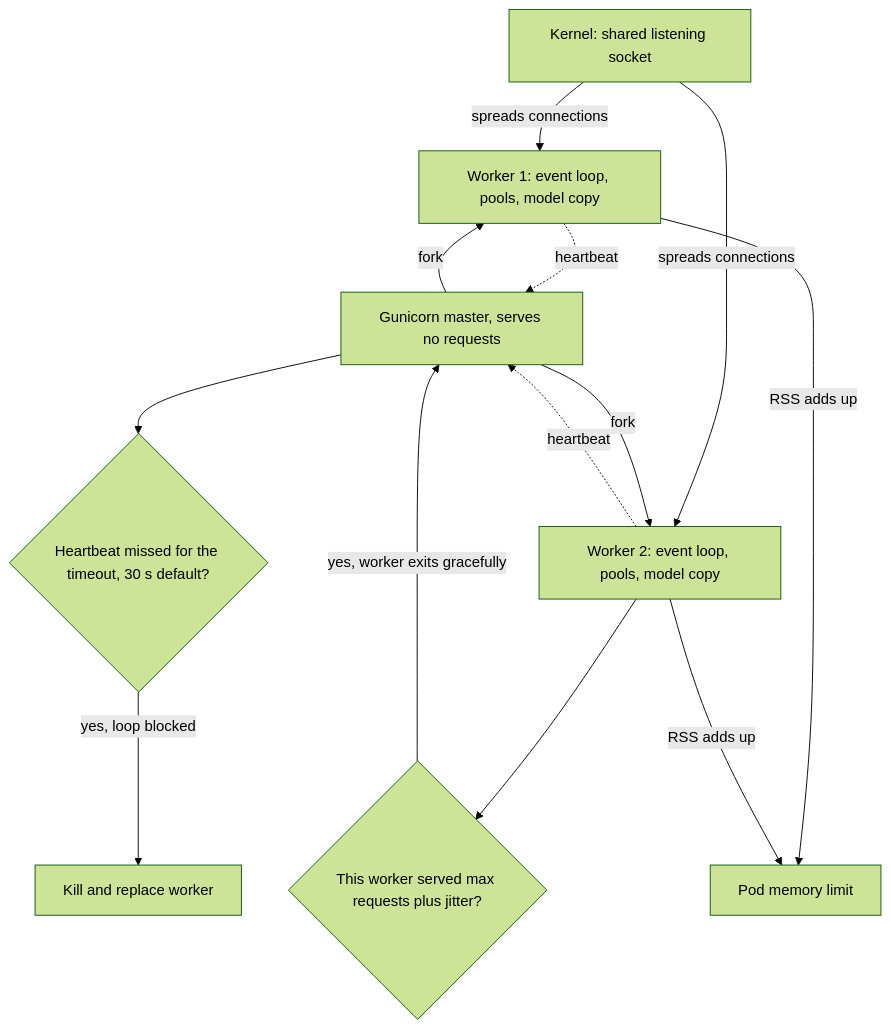
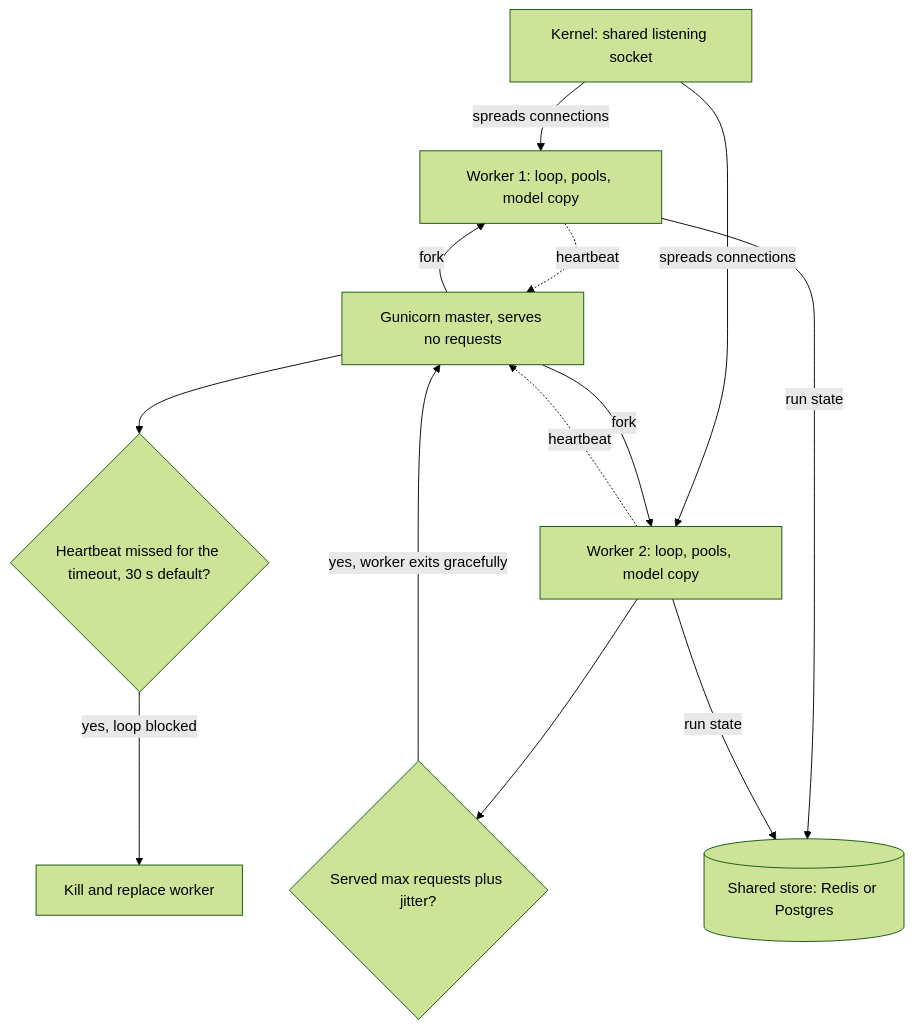
One commit to lovishmahajan97/agentic-learning changed the diagram in content/fastapi-for-ai/uvicorn-gunicorn-workers.md. Above: the diagram before and after it, drawn with Mermaid (forest theme). The commit also changed other lines of this file and 266 other files, not shown here.

````diff
--- a/content/fastapi-for-ai/uvicorn-gunicorn-workers.md
+++ b/content/fastapi-for-ai/uvicorn-gunicorn-workers.md
@@ -99,15 +120,15 @@
 ```mermaid
 flowchart TD
     K["Kernel: shared listening socket"] -->|"spreads connections"| W1
     K -->|"spreads connections"| W2
-    M["Gunicorn master, serves no requests"] -->|"fork"| W1["Worker 1: event loop, pools, model copy"]
-    M -->|"fork"| W2["Worker 2: event loop, pools, model copy"]
+    M["Gunicorn master, serves no requests"] -->|"fork"| W1["Worker 1: loop, pools, model copy"]
+    M -->|"fork"| W2["Worker 2: loop, pools, model copy"]
     W1 -.->|"heartbeat"| M
     W2 -.->|"heartbeat"| M
     M --> T{"Heartbeat missed for the timeout, 30 s default?"}
     T -->|"yes, loop blocked"| X["Kill and replace worker"]
-    W2 --> R{"This worker served max requests plus jitter?"}
+    W2 --> R{"Served max requests plus jitter?"}
     R -->|"yes, worker exits gracefully"| M
-    W1 -->|"RSS adds up"| L["Pod memory limit"]
-    W2 -->|"RSS adds up"| L
+    W1 -->|"run state"| S[("Shared store: Redis or Postgres")]
+    W2 -->|"run state"| S
 ```
````
